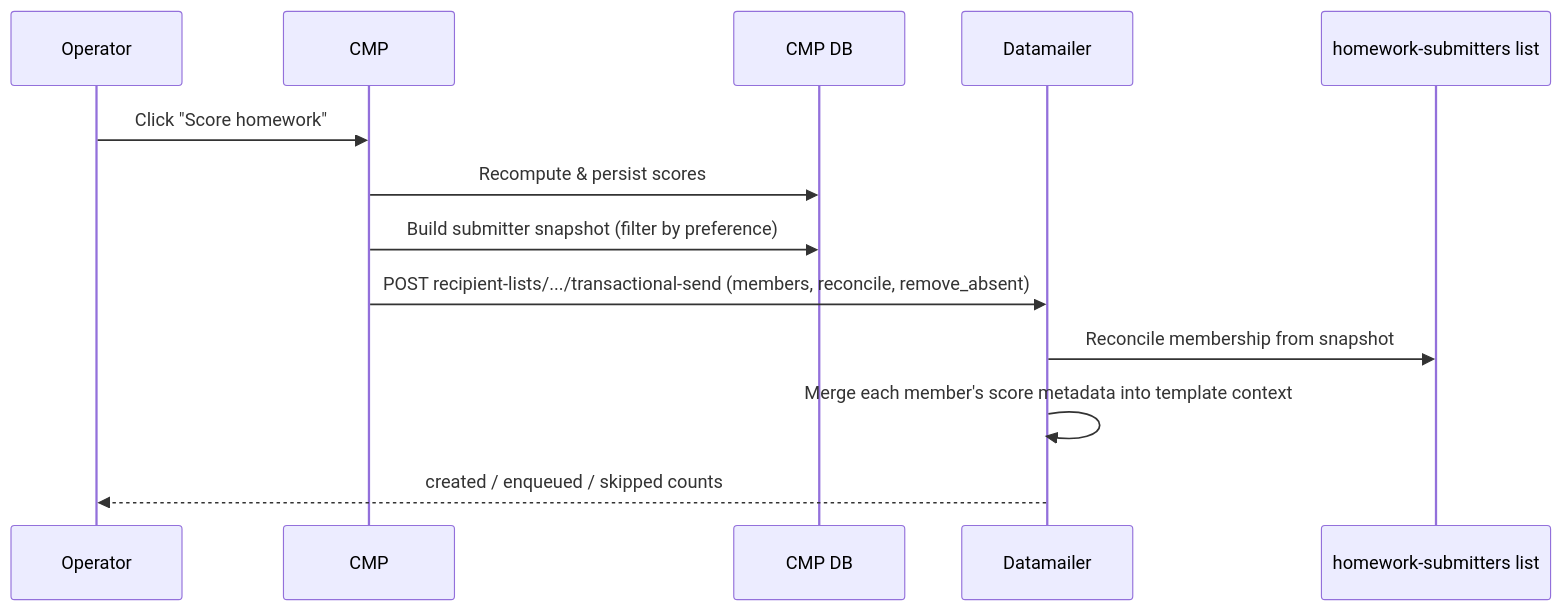
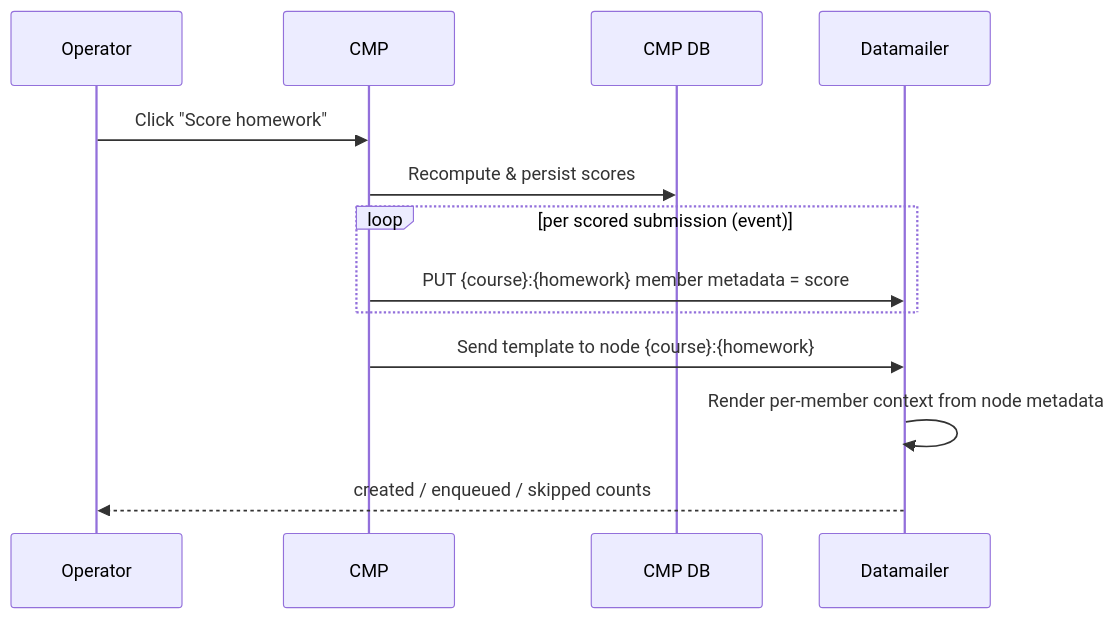
One commit to DataTalksClub/course-management-platform changed the ninth of 16 diagrams in docs/datamailer-integration.md. Above: the diagram before and after it, drawn with Mermaid. The commit also changed other lines of this file, not shown here.

````diff
--- a/docs/datamailer-integration.md
+++ b/docs/datamailer-integration.md
@@ -334,16 +407,16 @@
 ```mermaid
 sequenceDiagram
     participant Operator
     participant CMP
     participant DB as CMP DB
     participant DM as Datamailer
-    participant List as homework-submitters list
 
     Operator->>CMP: Click "Score homework"
     CMP->>DB: Recompute & persist scores
-    CMP->>DB: Build submitter snapshot (filter by preference)
-    CMP->>DM: POST recipient-lists/.../transactional-send (members, reconcile, remove_absent)
-    DM->>List: Reconcile membership from snapshot
-    DM->>DM: Merge each member's score metadata into template context
+    loop per scored submission (event)
+        CMP->>DM: PUT {course}:{homework} member metadata = score
+    end
+    CMP->>DM: Send template to node {course}:{homework}
+    DM->>DM: Render per-member context from node metadata
     DM-->>Operator: created / enqueued / skipped counts
 ```
````
